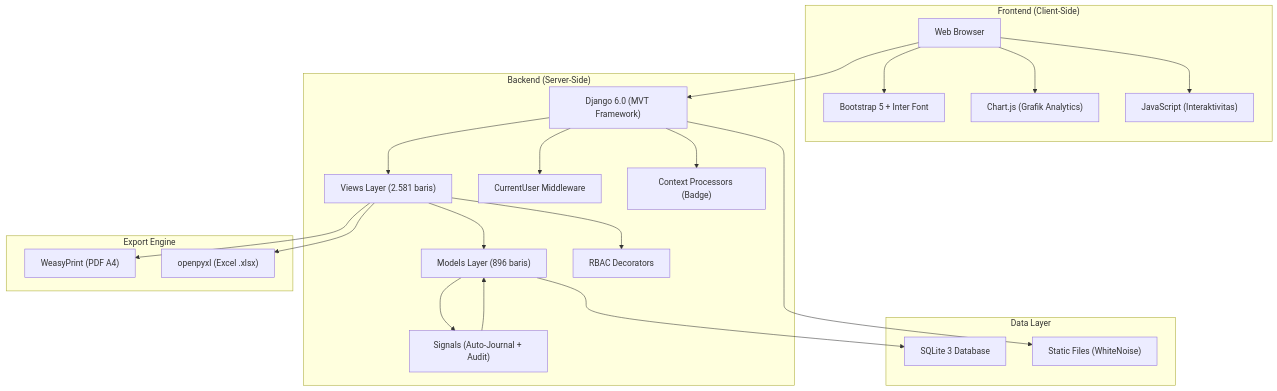
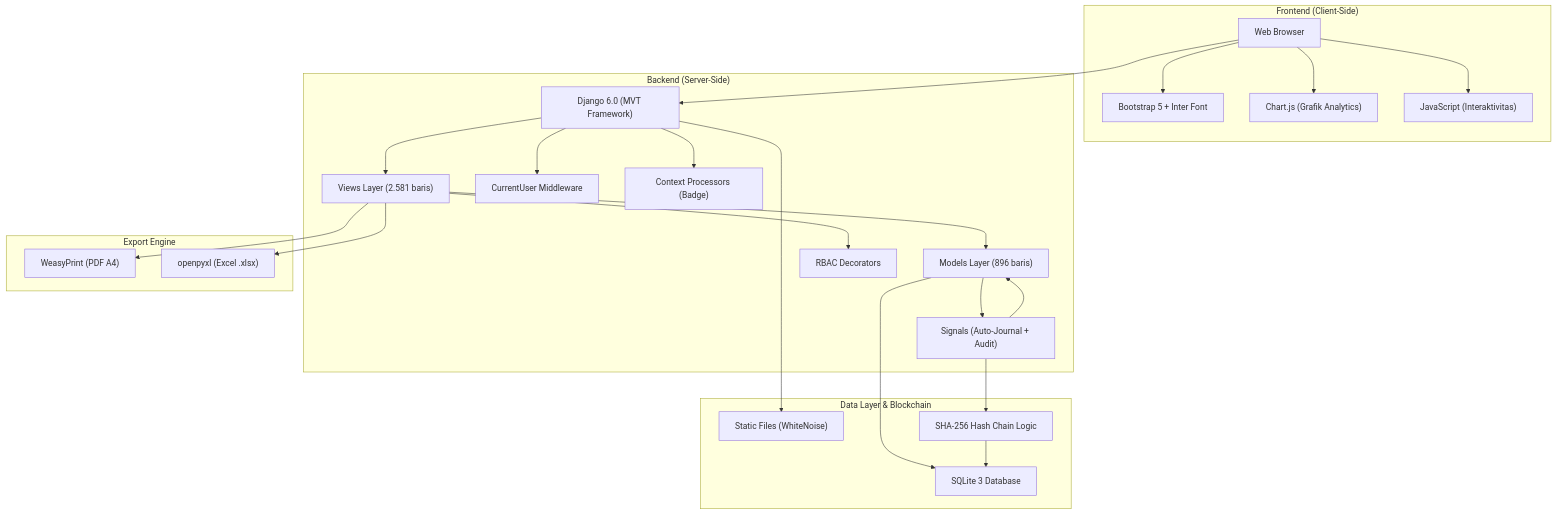
The fourth of 7 diagrams in README.md (bmmcargo/dashboard-accountant), drawn with Mermaid before and after one commit. The commit also changed other lines of this file and 16 other files, not shown here.

````diff
--- a/README.md
+++ b/README.md
@@ -385,45 +391,48 @@
 ```mermaid
 graph TB
     subgraph "Frontend (Client-Side)"
         Browser["Web Browser"]
         BS5["Bootstrap 5 + Inter Font"]
         ChartJS["Chart.js (Grafik Analytics)"]
         JS["JavaScript (Interaktivitas)"]
     end
 
     subgraph "Backend (Server-Side)"
         Django["Django 6.0 (MVT Framework)"]
         Views["Views Layer (2.581 baris)"]
         Models["Models Layer (896 baris)"]
         Signals["Signals (Auto-Journal + Audit)"]
         Decorators["RBAC Decorators"]
         Middleware["CurrentUser Middleware"]
         CtxProc["Context Processors (Badge)"]
     end
 
-    subgraph "Data Layer"
+    subgraph "Data Layer & Blockchain"
         SQLite["SQLite 3 Database"]
         Static["Static Files (WhiteNoise)"]
+        HashChain["SHA-256 Hash Chain Logic"]
     end
 
     subgraph "Export Engine"
         WeasyPrint["WeasyPrint (PDF A4)"]
         OpenPyXL["openpyxl (Excel .xlsx)"]
     end
 
     Browser --> Django
     Django --> Views
     Views --> Models
     Views --> WeasyPrint
     Views --> OpenPyXL
     Models --> SQLite
     Models --> Signals
     Signals --> Models
+    Signals --> HashChain
+    HashChain --> SQLite
     Django --> Middleware
     Django --> CtxProc
     Views --> Decorators
     Django --> Static
     Browser --> BS5
     Browser --> ChartJS
     Browser --> JS
 ```
````
